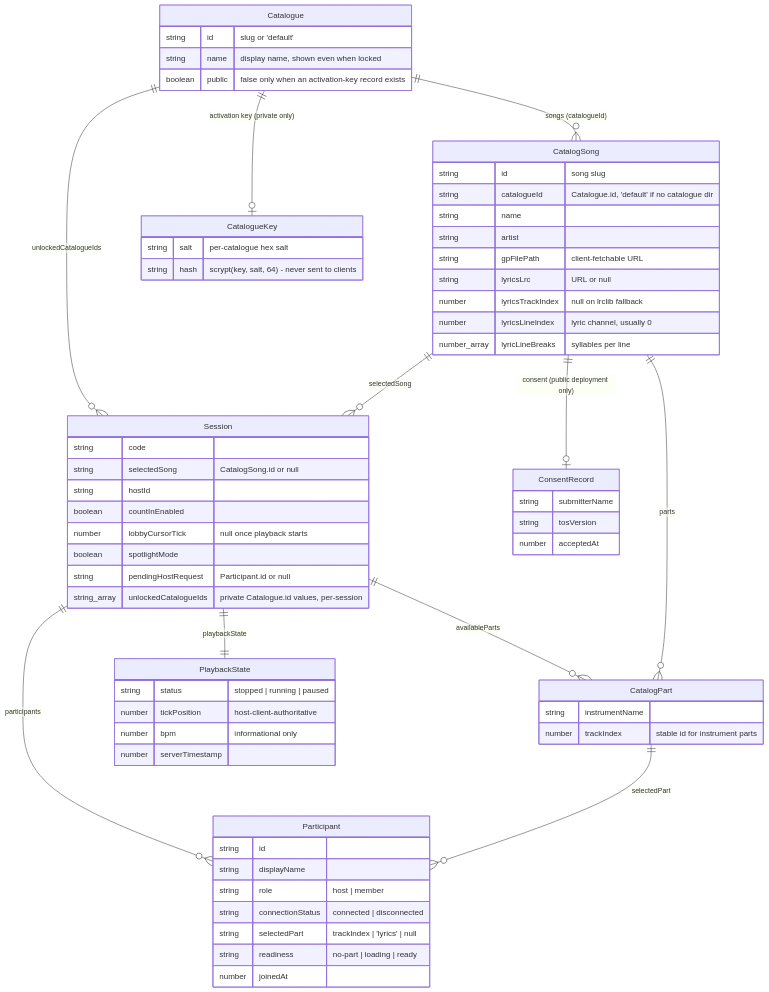
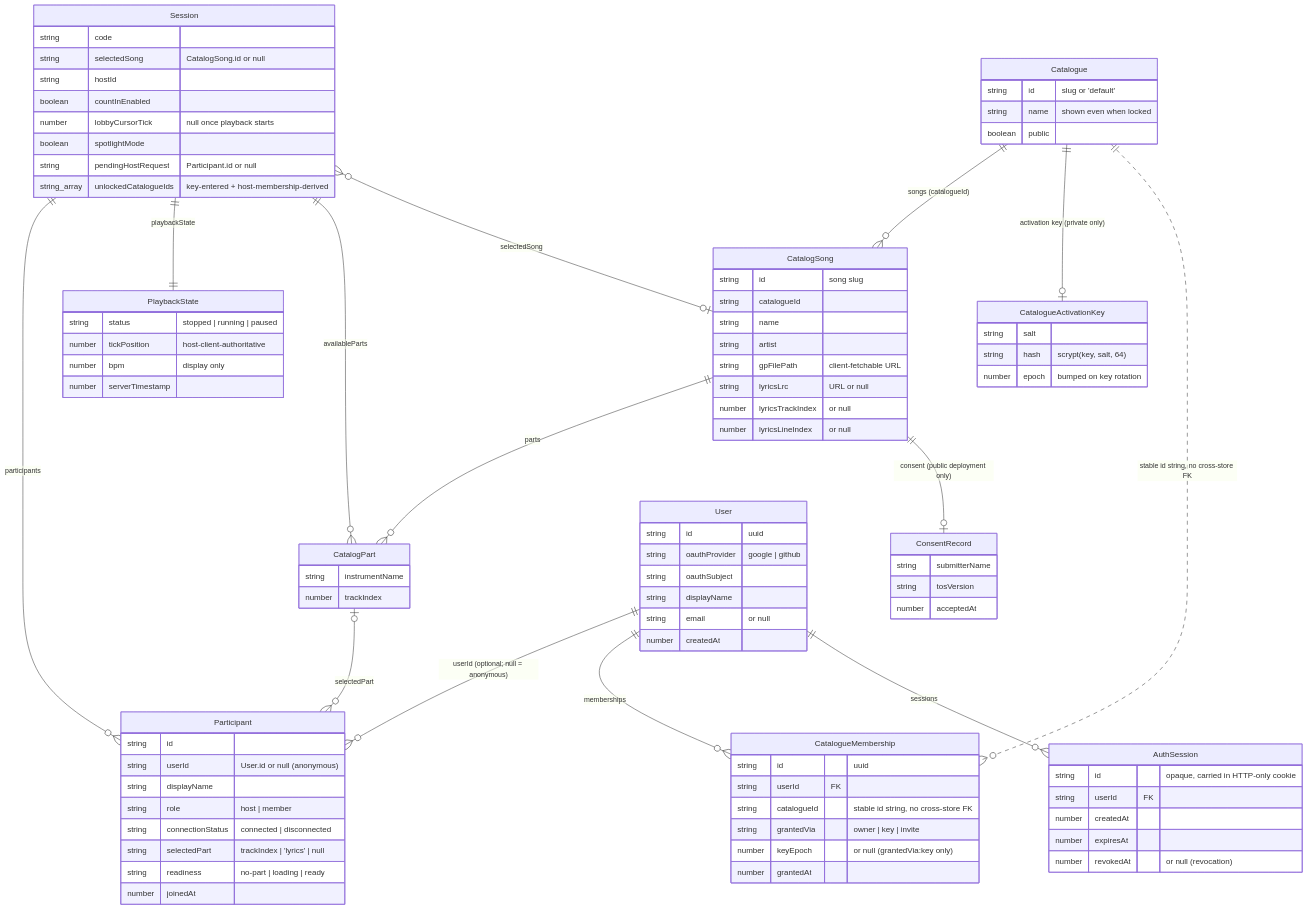
Before and after one commit to kinda-bad/sync-tab-scroll: the first of 3 diagrams in README.md, drawn with Mermaid. The commit also changed other lines of this file and 5 other files, not shown here.

First line of the commit message:
docs(artifacts): propagate accounts design into infrastructure + ui; render diagrams

````diff
--- a/README.md
+++ b/README.md
@@ -217,26 +217,18 @@
 ```mermaid
 erDiagram
     Catalogue ||--o{ CatalogSong : "songs (catalogueId)"
-    Catalogue ||--o| CatalogueKey : "activation key (private only)"
-    Catalogue ||--o{ Session : "unlockedCatalogueIds"
-    Session ||--o{ Participant : "participants"
-    Session ||--o{ CatalogPart : "availableParts"
-    Session ||--|| PlaybackState : "playbackState"
-    CatalogSong ||--o{ CatalogPart : "parts"
-    CatalogSong ||--o{ Session : "selectedSong"
-    CatalogPart ||--o{ Participant : "selectedPart"
+    Catalogue ||--o| CatalogueActivationKey : "activation key (private only)"
+    Catalogue ||..o{ CatalogueMembership : "stable id string, no cross-store FK"
+    Session ||--o{ Participant : participants
+    Session ||--|| PlaybackState : playbackState
+    Session ||--o{ CatalogPart : availableParts
+    Session }o--o| CatalogSong : selectedSong
+    CatalogSong ||--o{ CatalogPart : parts
     CatalogSong ||--o| ConsentRecord : "consent (public deployment only)"
-
-    Catalogue {
-        string id "slug or 'default'"
-        string name "display name, shown even when locked"
-        boolean public "false only when an activation-key record exists"
-    }
-
-    CatalogueKey {
-        string salt "per-catalogue hex salt"
-        string hash "scrypt(key, salt, 64) - never sent to clients"
-    }
+    CatalogPart |o--o{ Participant : selectedPart
+    User ||--o{ Participant : "userId (optional; null = anonymous)"
+    User ||--o{ CatalogueMembership : memberships
+    User ||--o{ AuthSession : sessions
 
     Session {
         string code
@@ -246,11 +238,11 @@
         number lobbyCursorTick "null once playback starts"
         boolean spotlightMode
         string pendingHostRequest "Participant.id or null"
-        string_array unlockedCatalogueIds "private Catalogue.id values, per-session"
+        string_array unlockedCatalogueIds "key-entered + host-membership-derived"
     }
-
     Participant {
         string id
+        string userId "User.id or null (anonymous)"
         string displayName
         string role "host | member"
         string connectionStatus "connected | disconnected"
@@ -258,34 +250,62 @@
         string readiness "no-part | loading | ready"
         number joinedAt
     }
-
     CatalogSong {
         string id "song slug"
-        string catalogueId "Catalogue.id, 'default' if no catalogue dir"
+        string catalogueId
         string name
         string artist
         string gpFilePath "client-fetchable URL"
         string lyricsLrc "URL or null"
-        number lyricsTrackIndex "null on lrclib fallback"
-        number lyricsLineIndex "lyric channel, usually 0"
-        number_array lyricLineBreaks "syllables per line"
+        number lyricsTrackIndex "or null"
+        number lyricsLineIndex "or null"
     }
-
+    Catalogue {
+        string id "slug or 'default'"
+        string name "shown even when locked"
+        boolean public
+    }
     CatalogPart {
         string instrumentName
-        number trackIndex "stable id for instrument parts"
+        number trackIndex
     }
-
     PlaybackState {
         string status "stopped | running | paused"
         number tickPosition "host-client-authoritative"
-        number bpm "informational only"
+        number bpm "display only"
         number serverTimestamp
     }
-
     ConsentRecord {
         string submitterName
         string tosVersion
         number acceptedAt
     }
+    CatalogueActivationKey {
+        string salt
+        string hash "scrypt(key, salt, 64)"
+        number epoch "bumped on key rotation"
+    }
+    User {
+        string id "uuid"
+        string oauthProvider "google | github"
+        string oauthSubject
+        string displayName
+        string email "or null"
+        number createdAt
+    }
+    CatalogueMembership {
+        string id "uuid"
+        string userId FK
+        string catalogueId "stable id string, no cross-store FK"
+        string grantedVia "owner | key | invite"
+        number keyEpoch "or null (grantedVia:key only)"
+        number grantedAt
+    }
+    AuthSession {
+        string id "opaque, carried in HTTP-only cookie"
+        string userId FK
+        number createdAt
+        number expiresAt
+        number revokedAt "or null (revocation)"
+    }
 ```
````
